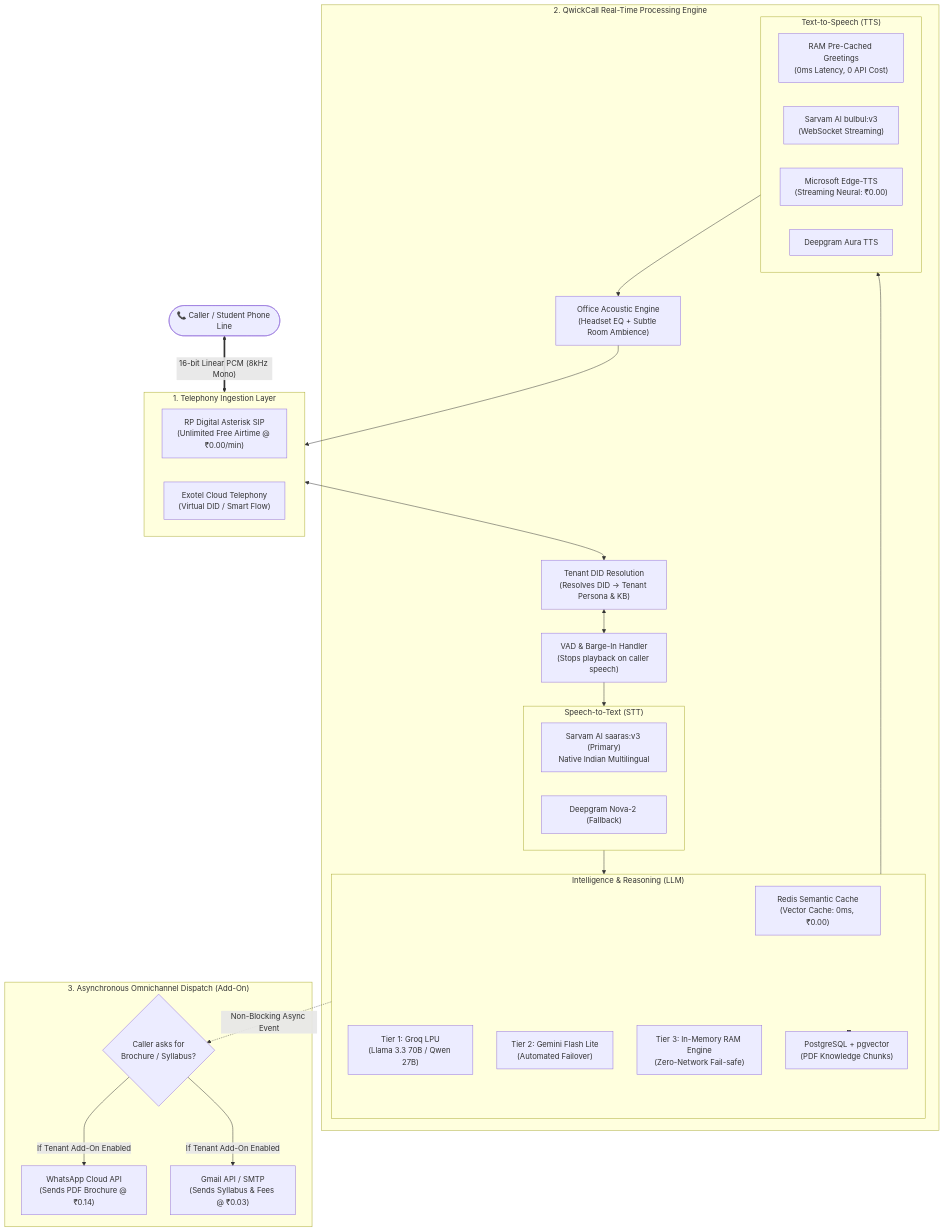
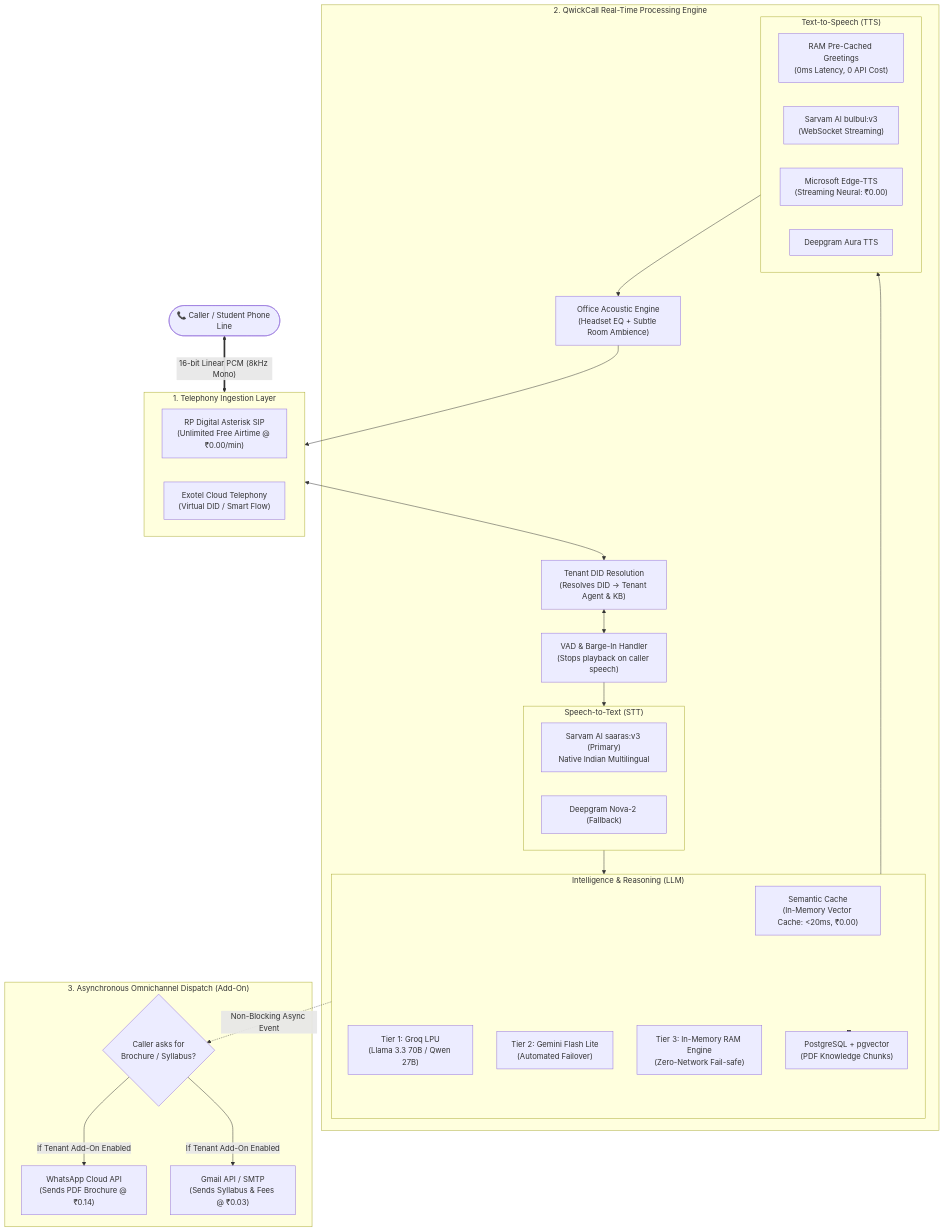
One commit to CybershieldGit/quickcall-backend changed the diagram in README.md. Above: the diagram before and after it, drawn with Mermaid. The commit also changed other lines of this file and 112 other files, not shown here.

````diff
--- a/README.md
+++ b/README.md
@@ -11,57 +11,57 @@
 ```mermaid
 flowchart TD
     Caller([📞 Caller / Student Phone Line]) 
     
     subgraph Telephony ["1. Telephony Ingestion Layer"]
         RPDigital["RP Digital Asterisk SIP<br/>(Unlimited Free Airtime @ ₹0.00/min)"]
         Exotel["Exotel Cloud Telephony<br/>(Virtual DID / Smart Flow)"]
     end
     
     Caller <==>|"16-bit Linear PCM (8kHz Mono)"| Telephony
     
     subgraph CoreEngine ["2. QwickCall Real-Time Processing Engine"]
-        DIDRouter["Tenant DID Resolution<br/>(Resolves DID → Tenant Persona & KB)"]
+        DIDRouter["Tenant DID Resolution<br/>(Resolves DID → Tenant Agent & KB)"]
         VAD["VAD & Barge-In Handler<br/>(Stops playback on caller speech)"]
         
         subgraph STT ["Speech-to-Text (STT)"]
             SarvamSTT["Sarvam AI saaras:v3 (Primary)<br/>Native Indian Multilingual"]
             DeepgramSTT["Deepgram Nova-2 (Fallback)"]
         end
         
         subgraph Brain ["Intelligence & Reasoning (LLM)"]
-            Cache["Redis Semantic Cache<br/>(Vector Cache: 0ms, ₹0.00)"]
+            Cache["Semantic Cache<br/>(In-Memory Vector Cache: <20ms, ₹0.00)"]
             GroqLLM["Tier 1: Groq LPU<br/>(Llama 3.3 70B / Qwen 27B)"]
             GeminiLLM["Tier 2: Gemini Flash Lite<br/>(Automated Failover)"]
             RAMLLM["Tier 3: In-Memory RAM Engine<br/>(Zero-Network Fail-safe)"]
             RAG["PostgreSQL + pgvector<br/>(PDF Knowledge Chunks)"]
         end
         
         subgraph TTS ["Text-to-Speech (TTS)"]
             RAMCache["RAM Pre-Cached Greetings<br/>(0ms Latency, 0 API Cost)"]
             SarvamTTS["Sarvam AI bulbul:v3<br/>(WebSocket Streaming)"]
             EdgeTTS["Microsoft Edge-TTS<br/>(Streaming Neural: ₹0.00)"]
             AuraTTS["Deepgram Aura TTS"]
         end
         
         Acoustics["Office Acoustic Engine<br/>(Headset EQ + Subtle Room Ambience)"]
     end
     
     Telephony <--> DIDRouter
     DIDRouter <--> VAD
     VAD --> STT
     STT --> Brain
     Brain <--> RAG
     Brain --> TTS
     TTS --> Acoustics
     Acoustics --> Telephony
 
     subgraph AddonLayer ["3. Asynchronous Omnichannel Dispatch (Add-On)"]
         IntentCheck{"Caller asks for<br/>Brochure / Syllabus?"}
         MetaWA["WhatsApp Cloud API<br/>(Sends PDF Brochure @ ₹0.14)"]
         GmailAPI["Gmail API / SMTP<br/>(Sends Syllabus & Fees @ ₹0.03)"]
     end
     
     Brain -.->|Non-Blocking Async Event| IntentCheck
     IntentCheck -->|If Tenant Add-On Enabled| MetaWA
     IntentCheck -->|If Tenant Add-On Enabled| GmailAPI
 ```
````
